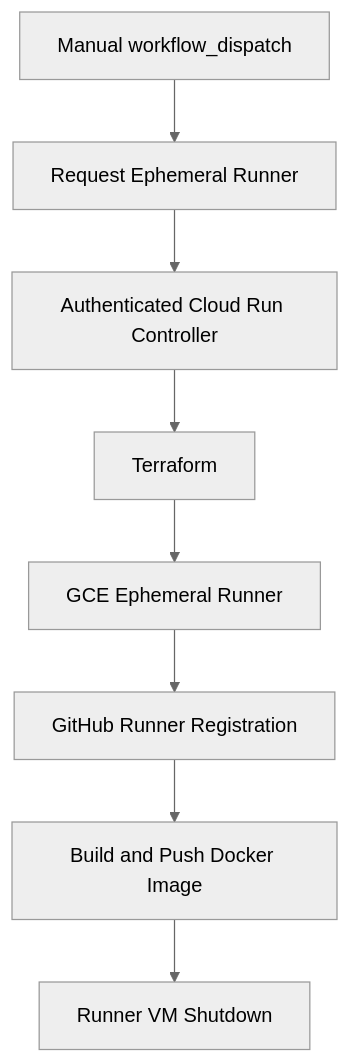
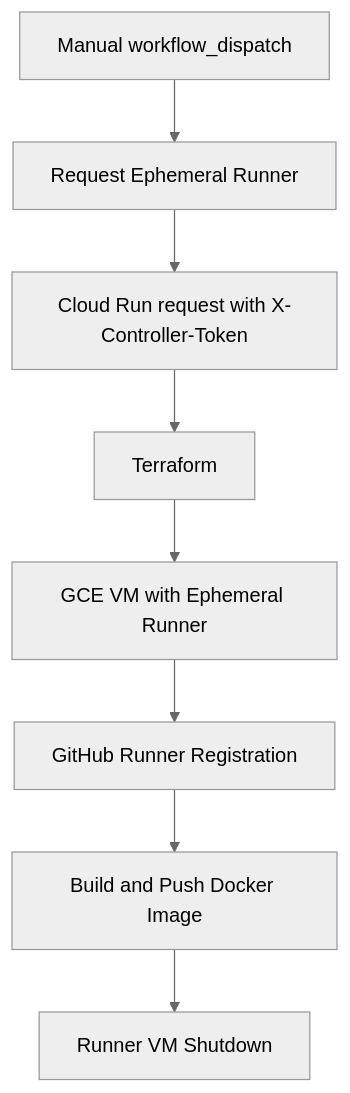
The first of 2 diagrams in README.md (DimitryZH/ci-build-platform), drawn with Mermaid (neutral theme) before and after one commit. The commit also changed other lines of this file and 7 other files, not shown here.

````diff
--- a/README.md
+++ b/README.md
@@ -43,10 +43,10 @@
 ```mermaid
 flowchart TD
     A[Manual workflow_dispatch] --> B[Request Ephemeral Runner]
-    B --> C[Authenticated Cloud Run Controller]
+    B --> C[Cloud Run request with X-Controller-Token]
     C --> D[Terraform]
-    D --> E[GCE Ephemeral Runner]
+    D --> E[GCE VM with Ephemeral Runner]
     E --> F[GitHub Runner Registration]
     F --> G[Build and Push Docker Image]
     G --> H[Runner VM Shutdown]
 ```
````
